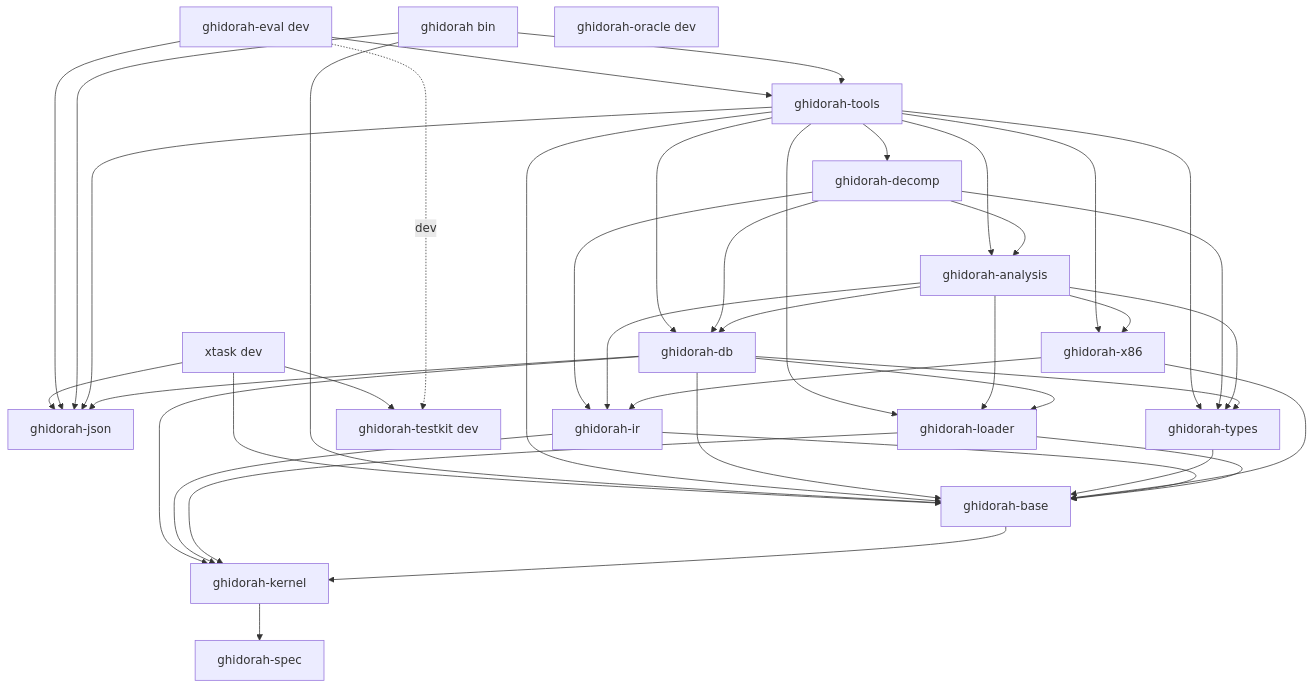
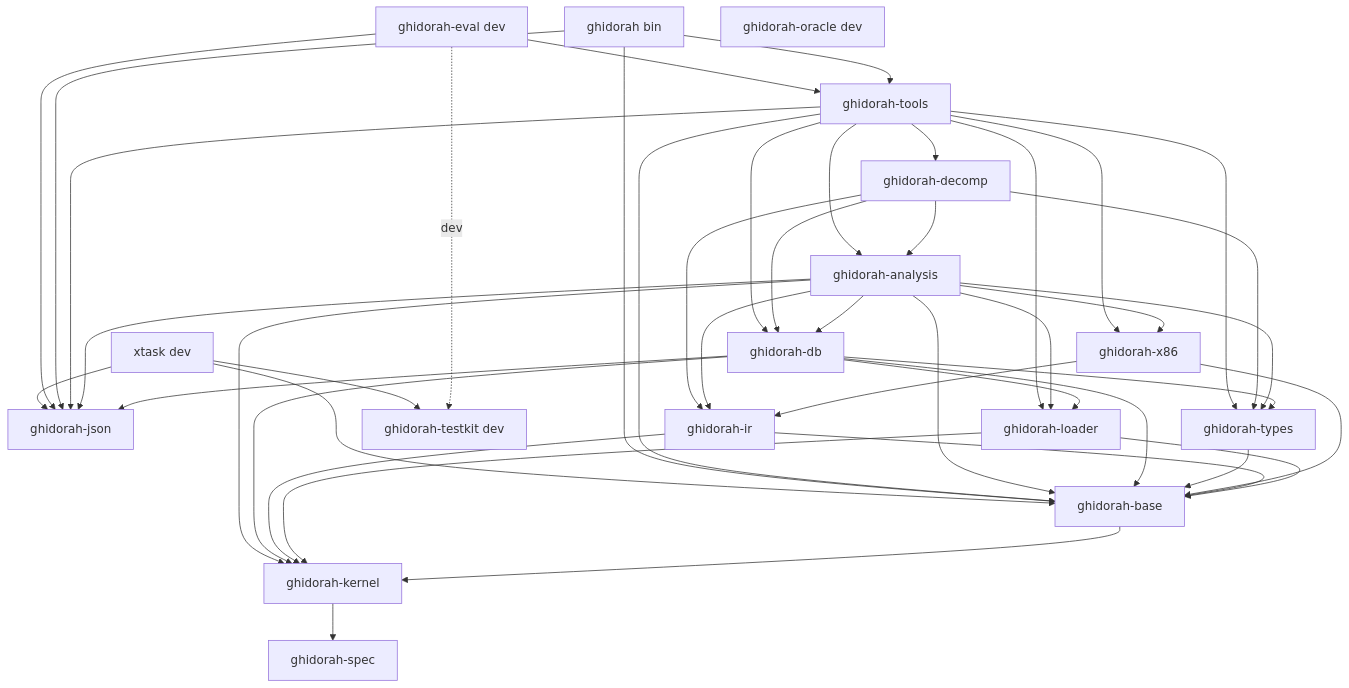
One commit to madmax983/ghidorah changed the first of 8 diagrams in docs/design.md. Above: the diagram before and after it, drawn with Mermaid. The commit also changed other lines of this file and 40 other files, not shown here.

````diff
--- a/docs/design.md
+++ b/docs/design.md
@@ -231,60 +231,63 @@
 ```mermaid
 graph TD
   spec[ghidorah-spec]
   kernel[ghidorah-kernel]
   base[ghidorah-base]
   json[ghidorah-json]
   loader[ghidorah-loader]
   ir[ghidorah-ir]
   x86[ghidorah-x86]
   types[ghidorah-types]
   db[ghidorah-db]
   analysis[ghidorah-analysis]
   decomp[ghidorah-decomp]
   tools[ghidorah-tools]
   cli[ghidorah bin]
   eval[ghidorah-eval dev]
   testkit[ghidorah-testkit dev]
   oracle[ghidorah-oracle dev]
   xtask[xtask dev]
   kernel --> spec
   base --> kernel
   loader --> base
   loader --> kernel
   ir --> base
   ir --> kernel
   x86 --> ir
   x86 --> base
   types --> base
   db --> base
   db --> kernel
   db --> json
   db --> loader
   db --> types
   analysis --> db
   analysis --> ir
   analysis --> x86
   analysis --> types
   analysis --> loader
+  analysis --> base
+  analysis --> kernel
+  analysis --> json
   decomp --> analysis
   decomp --> ir
   decomp --> db
   decomp --> types
   tools --> decomp
   tools --> analysis
   tools --> db
   tools --> x86
   tools --> types
   tools --> loader
   tools --> json
   tools --> base
   cli --> tools
   cli --> json
   cli --> base
   eval --> tools
   eval --> json
   eval -. dev .-> testkit
   xtask --> json
   xtask --> base
   xtask --> testkit
 ```
````
